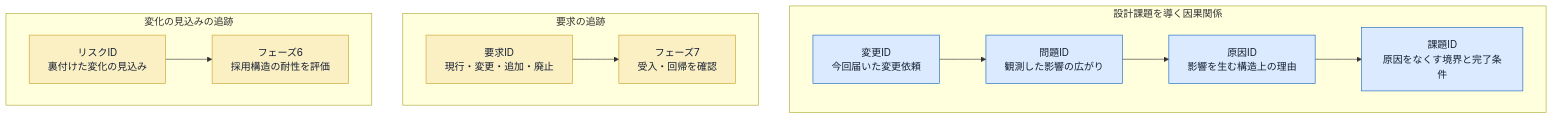
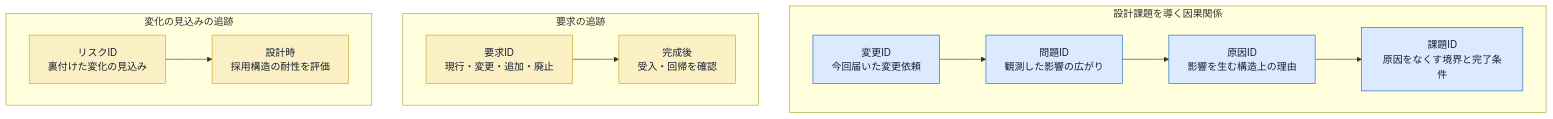
The first of 14 diagrams in kindle/design-patterns/books/volume01-core-patterns/output/02-chapter00.md (kumachan1101-pixel/DesignPattern), drawn with Mermaid before and after one commit. The commit also changed other lines of this file and 12 other files, not shown here.

````diff
--- a/kindle/design-patterns/books/volume01-core-patterns/output/02-chapter00.md
+++ b/kindle/design-patterns/books/volume01-core-patterns/output/02-chapter00.md
@@ -59,30 +57,30 @@
 ```mermaid
 flowchart TB
     subgraph DESIGN["設計課題を導く因果関係"]
         direction LR
         CHANGE["変更ID<br>今回届いた変更依頼"]
         PROBLEM["問題ID<br>観測した影響の広がり"]
         CAUSE["原因ID<br>影響を生む構造上の理由"]
         TASK["課題ID<br>原因をなくす境界と完了条件"]
         CHANGE --> PROBLEM --> CAUSE --> TASK
     end
 
     subgraph REQUIREMENT["要求の追跡"]
         direction LR
         REQ["要求ID<br>現行・変更・追加・廃止"]
-        REQCHECK["フェーズ7<br>受入・回帰を確認"]
+        REQCHECK["完成後<br>受入・回帰を確認"]
         REQ --> REQCHECK
     end
 
     subgraph FUTURE["変化の見込みの追跡"]
         direction LR
         RISK["リスクID<br>裏付けた変化の見込み"]
-        RISKCHECK["フェーズ6<br>採用構造の耐性を評価"]
+        RISKCHECK["設計時<br>採用構造の耐性を評価"]
         RISK --> RISKCHECK
     end
 
     classDef main fill:#dbeafe,stroke:#1565c0,color:#172033;
     classDef side fill:#fbf0c4,stroke:#c9a227,color:#172033;
     class CHANGE,PROBLEM,CAUSE,TASK main;
     class REQ,REQCHECK,RISK,RISKCHECK side;
 ```
````
